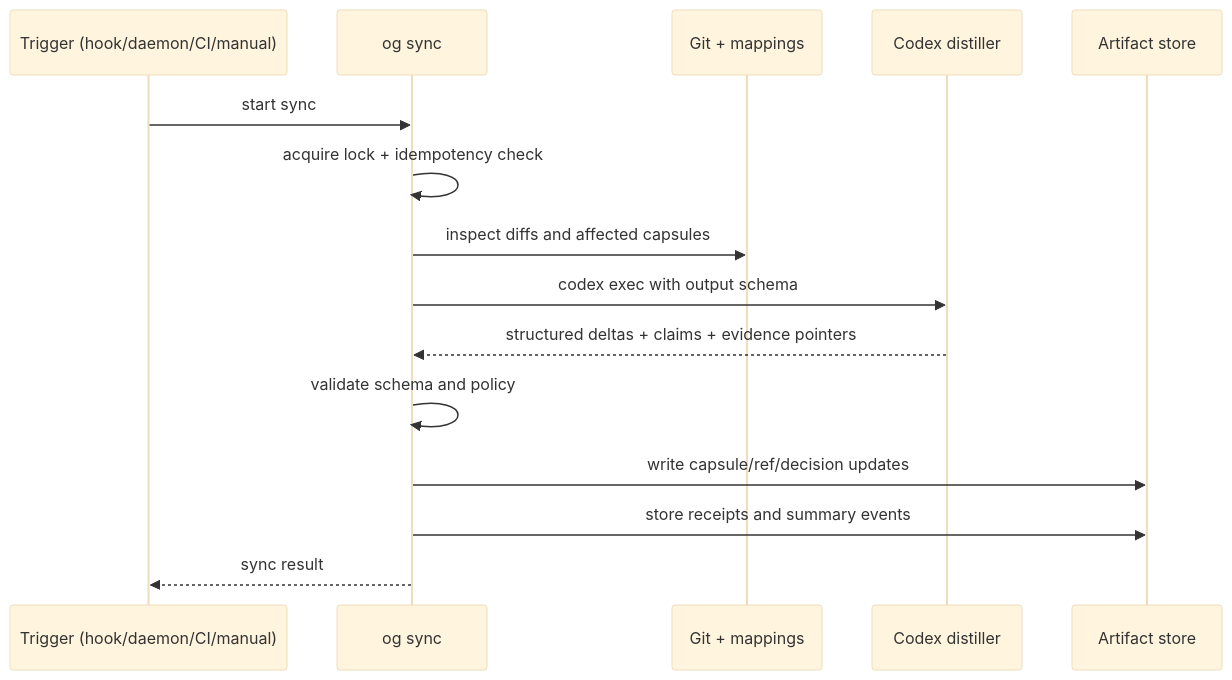
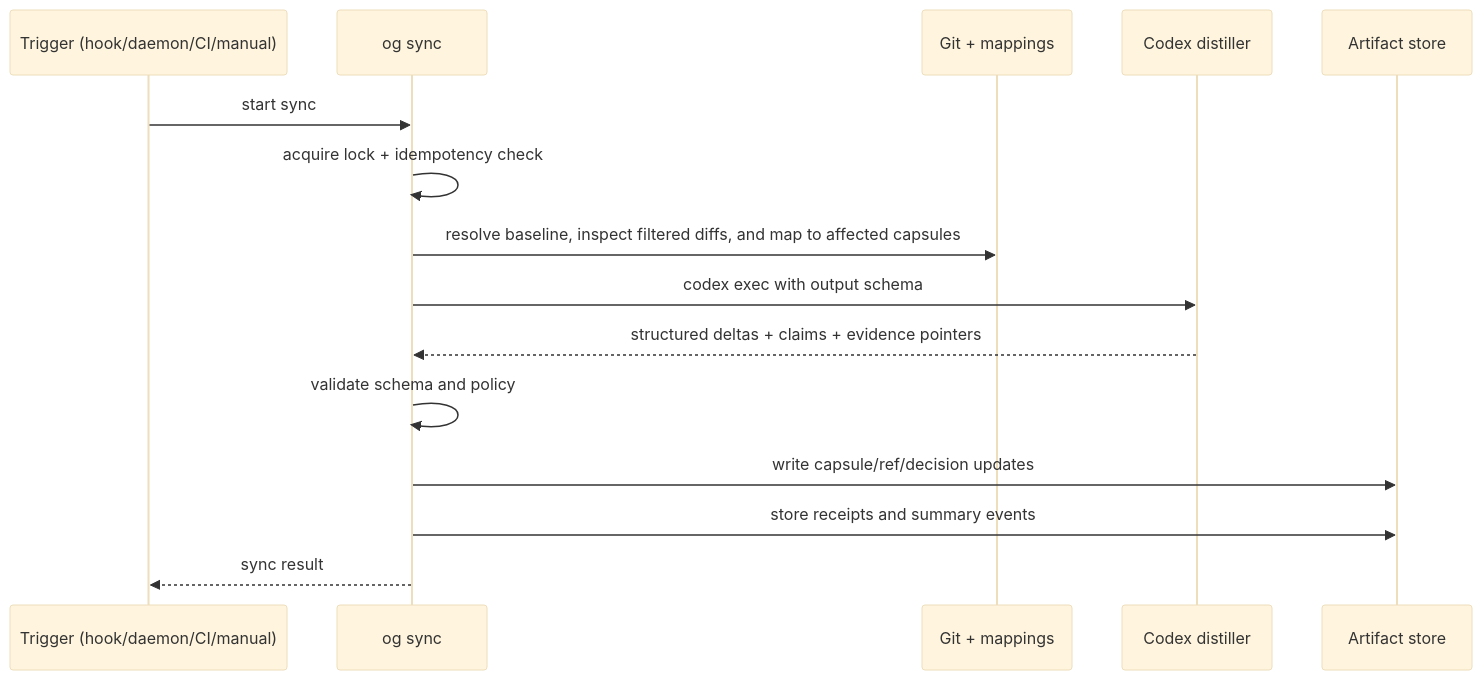
One commit to selkios/outcomegraph changed the fourth of 8 diagrams in ARCHITECTURE.md. Above: the diagram before and after it, drawn with Mermaid (base theme). The commit also changed other lines of this file and 2 other files, not shown here.

Commit message:
docs(changes): define sync baseline fallback and runtime ignore paths

````diff
--- a/ARCHITECTURE.md
+++ b/ARCHITECTURE.md
@@ -100,18 +114,18 @@
 ```mermaid
 sequenceDiagram
   participant T as Trigger (hook/daemon/CI/manual)
   participant OG as og sync
   participant G as Git + mappings
   participant C as Codex distiller
   participant S as Artifact store
 
   T->>OG: start sync
   OG->>OG: acquire lock + idempotency check
-  OG->>G: inspect diffs and affected capsules
+  OG->>G: resolve baseline, inspect filtered diffs, and map to affected capsules
   OG->>C: codex exec with output schema
   C-->>OG: structured deltas + claims + evidence pointers
   OG->>OG: validate schema and policy
   OG->>S: write capsule/ref/decision updates
   OG->>S: store receipts and summary events
   OG-->>T: sync result
 ```
````
